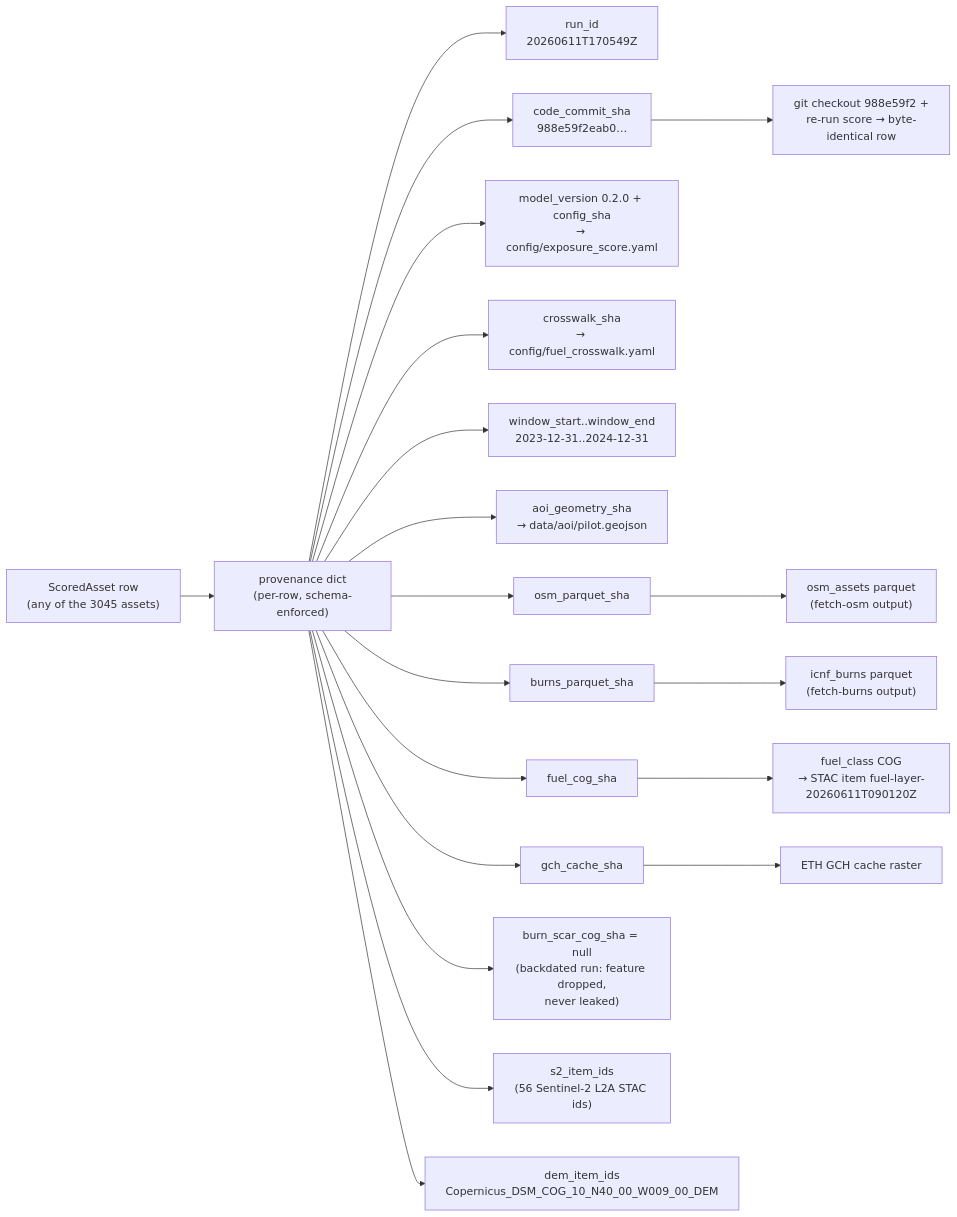
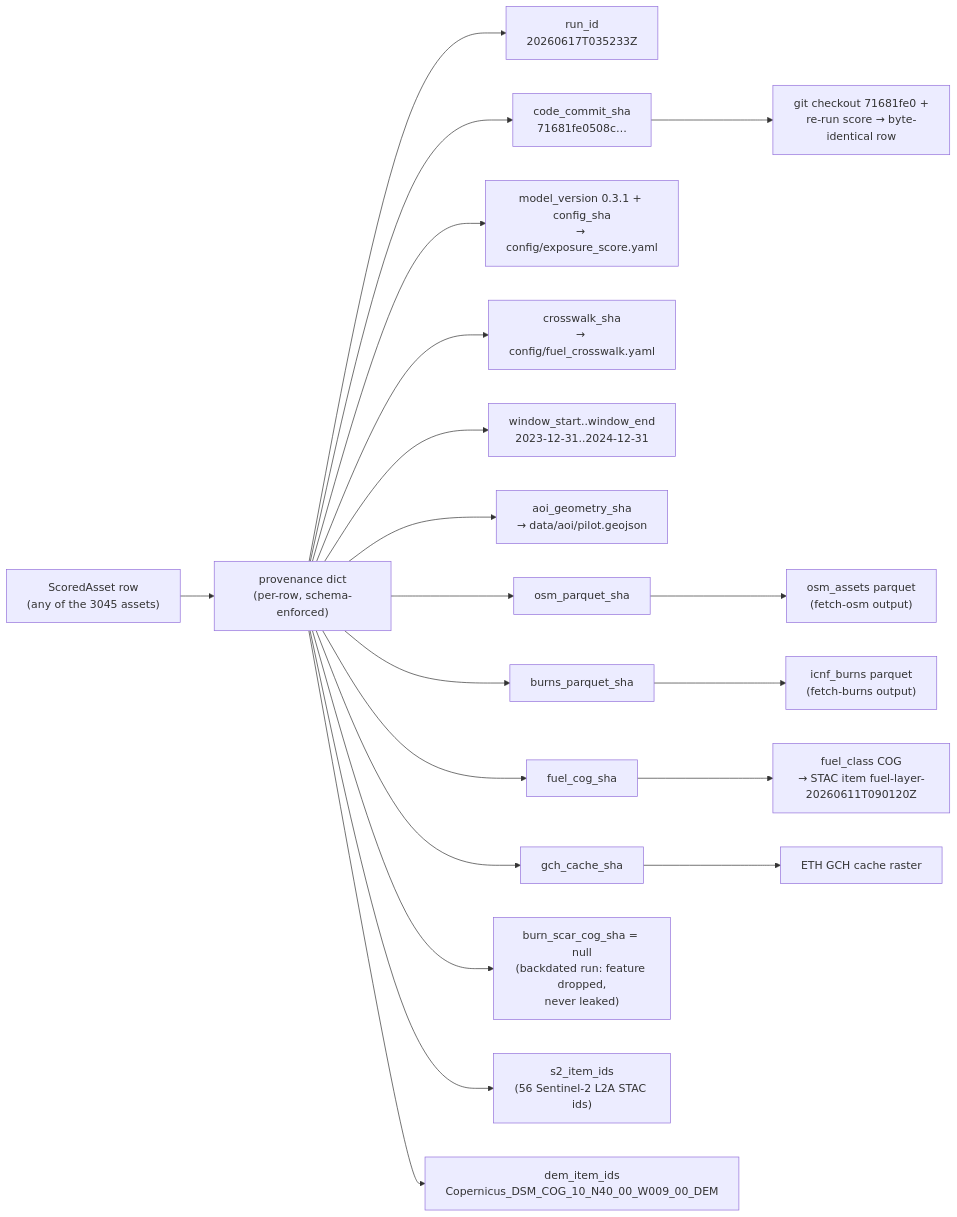
Before and after one commit to lunasilvestre/wildfire-exposure-eo: the third of 3 diagrams in docs/diagrams.md, drawn with Mermaid. The commit also changed other lines of this file and 2 other files, not shown here.

````diff
--- a/docs/diagrams.md
+++ b/docs/diagrams.md
@@ -86,22 +86,22 @@
 ```mermaid
 flowchart LR
     ROW["ScoredAsset row<br>(any of the 3045 assets)"] --> PROV["provenance dict<br>(per-row, schema-enforced)"]
 
-    PROV --> RID["run_id<br>20260611T170549Z"]
-    PROV --> SHA["code_commit_sha<br>988e59f2eab0…"]
-    PROV --> MV["model_version 0.2.0 + config_sha<br>→ config/exposure_score.yaml"]
+    PROV --> RID["run_id<br>20260617T035233Z"]
+    PROV --> SHA["code_commit_sha<br>71681fe0508c…"]
+    PROV --> MV["model_version 0.3.1 + config_sha<br>→ config/exposure_score.yaml"]
     PROV --> XWALK["crosswalk_sha<br>→ config/fuel_crosswalk.yaml"]
     PROV --> WIN["window_start..window_end<br>2023-12-31..2024-12-31"]
     PROV --> AOI["aoi_geometry_sha<br>→ data/aoi/pilot.geojson"]
 
     PROV --> OSMSHA["osm_parquet_sha"] --> OSMPQ["osm_assets parquet<br>(fetch-osm output)"]
     PROV --> BURNSHA["burns_parquet_sha"] --> BURNPQ["icnf_burns parquet<br>(fetch-burns output)"]
     PROV --> FUELSHA["fuel_cog_sha"] --> FUELCOG["fuel_class COG<br>→ STAC item fuel-layer-20260611T090120Z"]
     PROV --> GCHSHA["gch_cache_sha"] --> GCHC["ETH GCH cache raster"]
     PROV --> BSSHA["burn_scar_cog_sha = null<br>(backdated run: feature dropped,<br>never leaked)"]
 
     PROV --> S2IDS["s2_item_ids<br>(56 Sentinel-2 L2A STAC ids)"]
     PROV --> DEMIDS["dem_item_ids<br>Copernicus_DSM_COG_10_N40_00_W009_00_DEM"]
 
-    SHA --> REPRO["git checkout 988e59f2 +<br>re-run score → byte-identical row"]
+    SHA --> REPRO["git checkout 71681fe0 +<br>re-run score → byte-identical row"]
 ```
````
